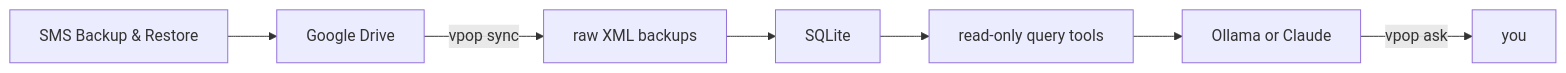
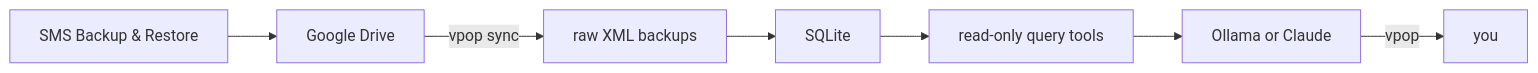
Before and after one commit to marcushadeed/vPop: the diagram in README.md, drawn with Mermaid. The commit also changed other lines of this file, not shown here.

````diff
--- a/README.md
+++ b/README.md
@@ -26,9 +26,9 @@
 ```mermaid
 graph LR
     backup["SMS Backup & Restore"] --> drive["Google Drive"]
     drive -->|vpop sync| raw["raw XML backups"]
     raw --> sqlite["SQLite"]
     sqlite --> tools["read-only query tools"]
     tools --> llm["Ollama or Claude"]
-    llm -->|vpop ask| you["you"]
+    llm -->|vpop| you["you"]
 ```
````
